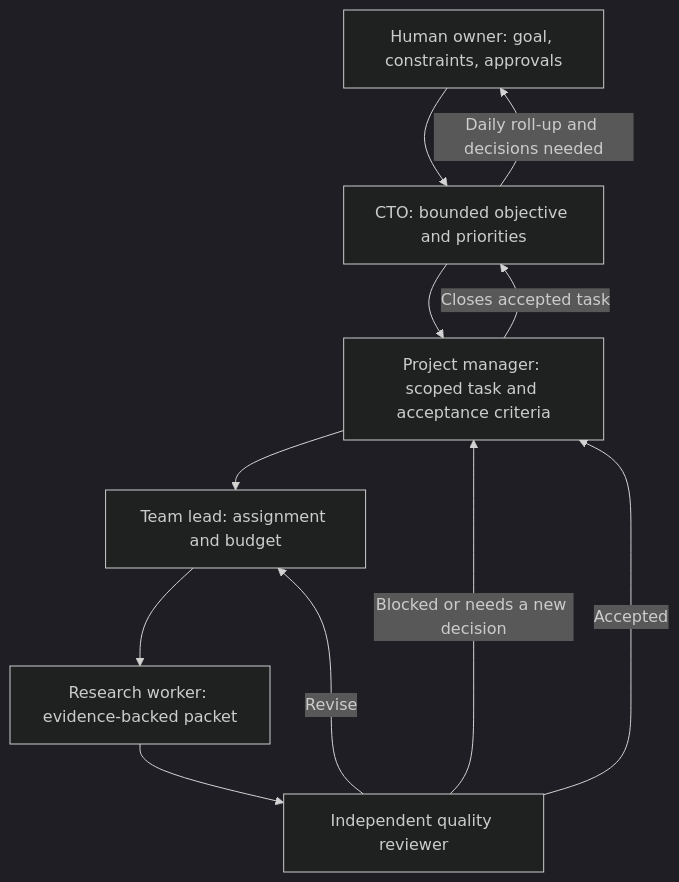
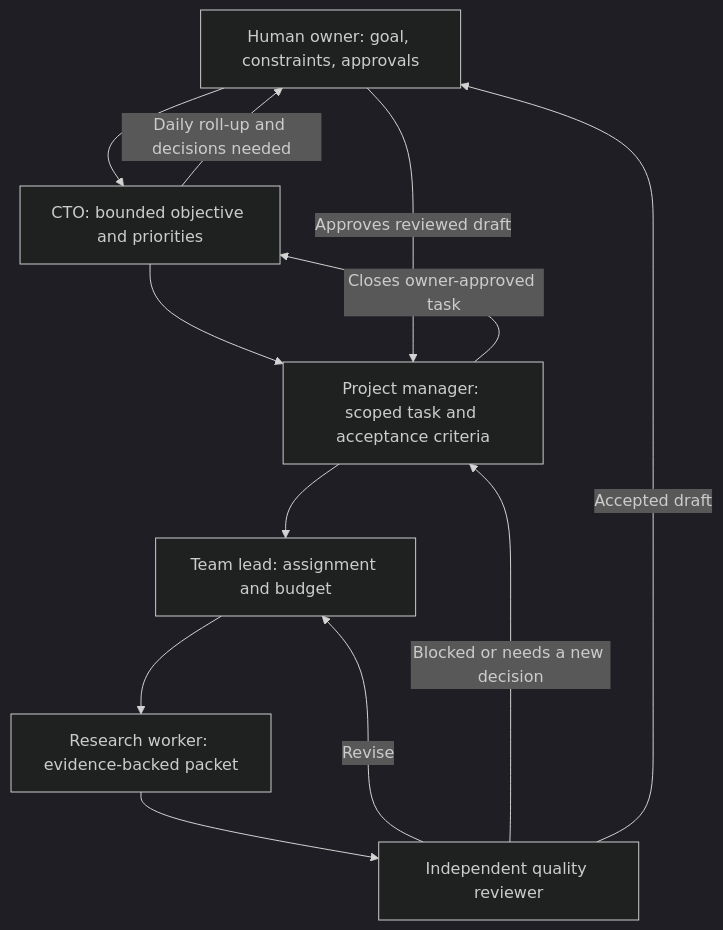
One commit to allaboutaryan/codex-research- changed the diagram in README.md. Above: the diagram before and after it, drawn with Mermaid (dark theme). The commit also changed other lines of this file and 9 other files, not shown here.

````diff
--- a/README.md
+++ b/README.md
@@ -21,13 +21,14 @@
 ```mermaid
 flowchart TD
     Owner[Human owner: goal, constraints, approvals] --> CTO[CTO: bounded objective and priorities]
     CTO --> PM[Project manager: scoped task and acceptance criteria]
     PM --> Lead[Team lead: assignment and budget]
     Lead --> Worker[Research worker: evidence-backed packet]
     Worker --> QA[Independent quality reviewer]
     QA -->|Revise| Lead
     QA -->|Blocked or needs a new decision| PM
-    QA -->|Accepted| PM
-    PM -->|Closes accepted task| CTO
+    QA -->|Accepted draft| Owner
+    Owner -->|Approves reviewed draft| PM
+    PM -->|Closes owner-approved task| CTO
     CTO -->|Daily roll-up and decisions needed| Owner
 ```
````
